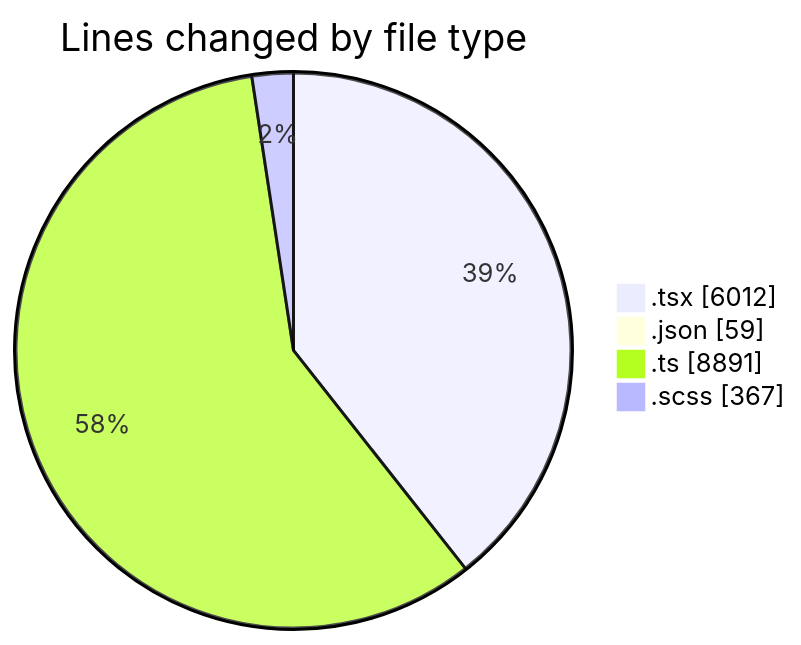
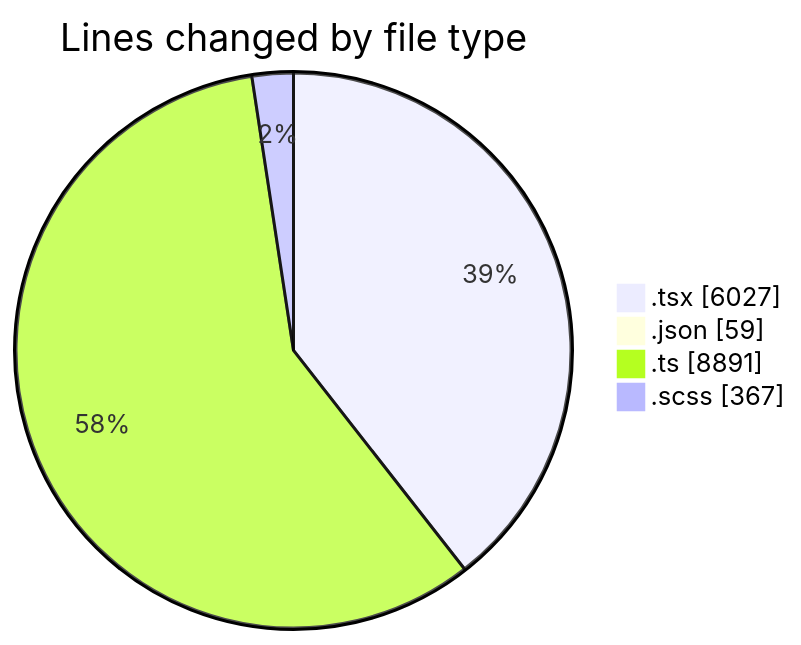
Before and after one commit to momahboobian/code-tracking: the first of 2 diagrams in 2025-11-24/cda/README.md, drawn with Mermaid. The commit also changed other lines of this file and 1 other file, not shown here.

````diff
--- a/2025-11-24/cda/README.md
+++ b/2025-11-24/cda/README.md
@@ -38,8 +38,8 @@
 ```mermaid
 pie showData
 title Lines changed by file type
-".tsx" : 6012
+".tsx" : 6027
 ".json" : 59
 ".ts" : 8891
 ".scss" : 367
 ```
````
